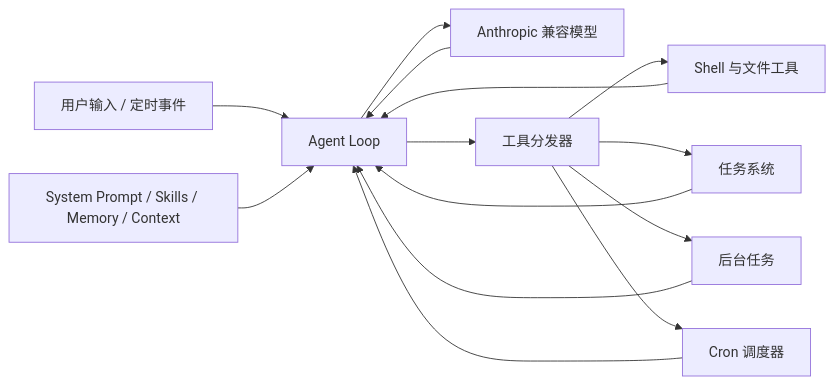
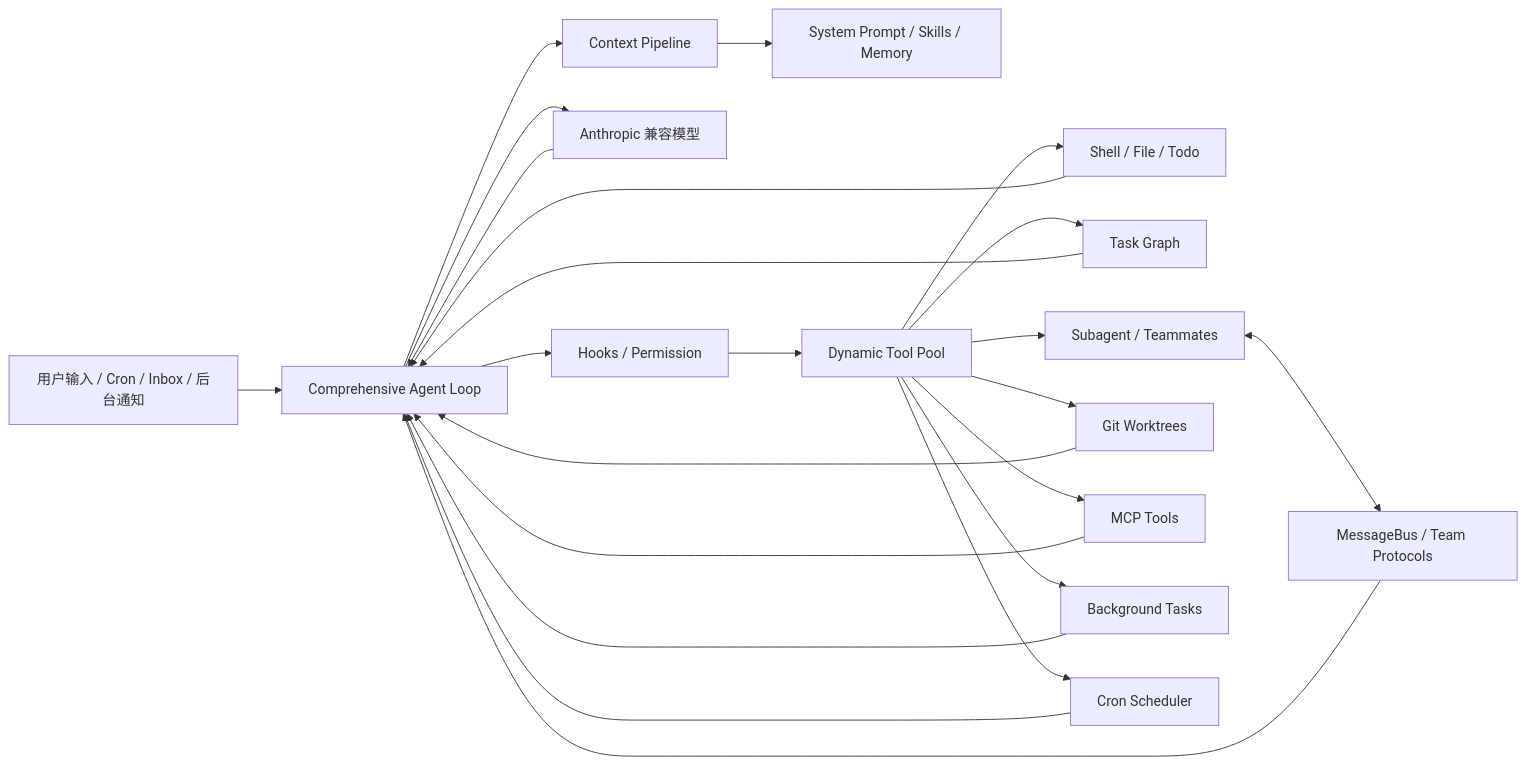
The diagram in README.md (ChWjie/mini-cc), drawn with Mermaid before and after one commit. The commit also changed other lines of this file and 13 other files, not shown here.

````diff
--- a/README.md
+++ b/README.md
@@ -46,16 +64,25 @@
 ```mermaid
 flowchart LR
-    U["用户输入 / 定时事件"] --> A["Agent Loop"]
+    E["用户输入 / Cron / Inbox / 后台通知"] --> A["Comprehensive Agent Loop"]
+    A --> C["Context Pipeline"]
+    C --> P["System Prompt / Skills / Memory"]
     A --> L["Anthropic 兼容模型"]
     L --> A
-    A --> D["工具分发器"]
-    D --> F["Shell 与文件工具"]
-    D --> T["任务系统"]
-    D --> B["后台任务"]
-    D --> C["Cron 调度器"]
-    P["System Prompt / Skills / Memory / Context"] --> A
+    A --> H["Hooks / Permission"]
+    H --> D["Dynamic Tool Pool"]
+    D --> F["Shell / File / Todo"]
+    D --> T["Task Graph"]
+    D --> S["Subagent / Teammates"]
+    D --> W["Git Worktrees"]
+    D --> M["MCP Tools"]
+    D --> B["Background Tasks"]
+    D --> R["Cron Scheduler"]
+    S <--> Q["MessageBus / Team Protocols"]
     F --> A
     T --> A
+    W --> A
+    M --> A
     B --> A
-    C --> A
+    R --> A
+    Q --> A
 ```
````
